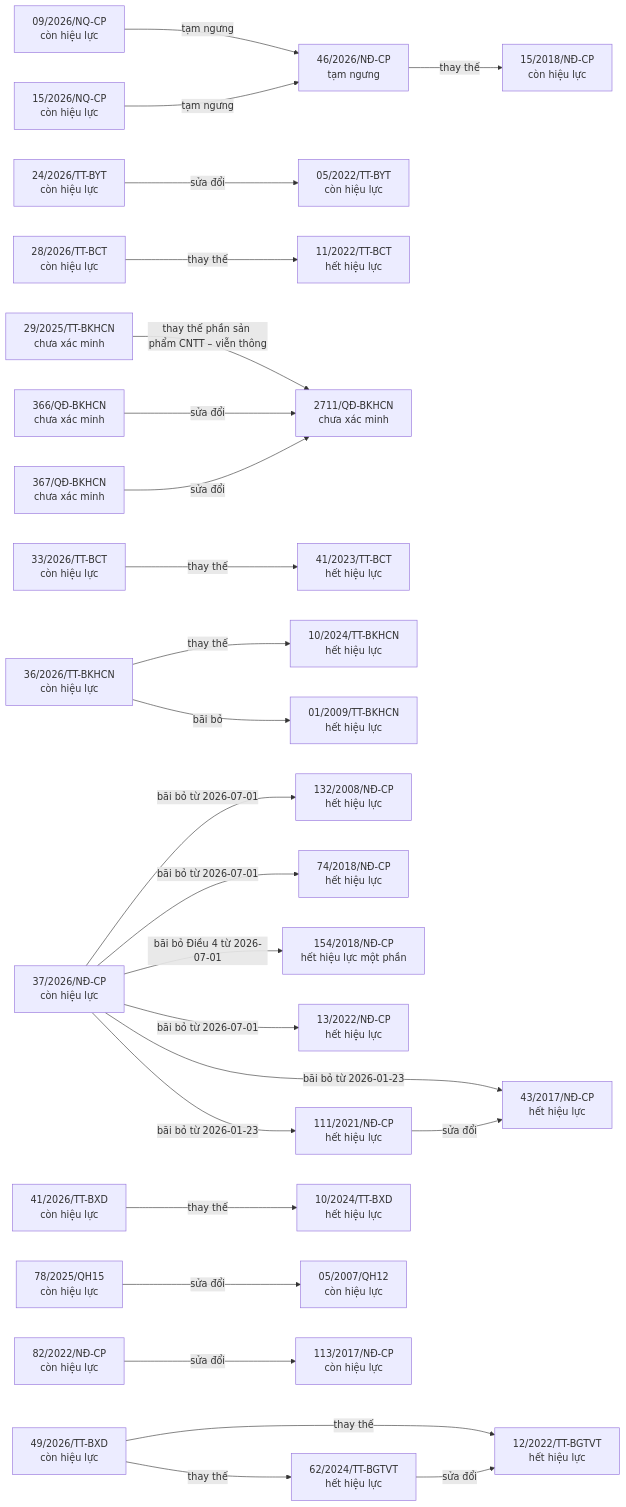
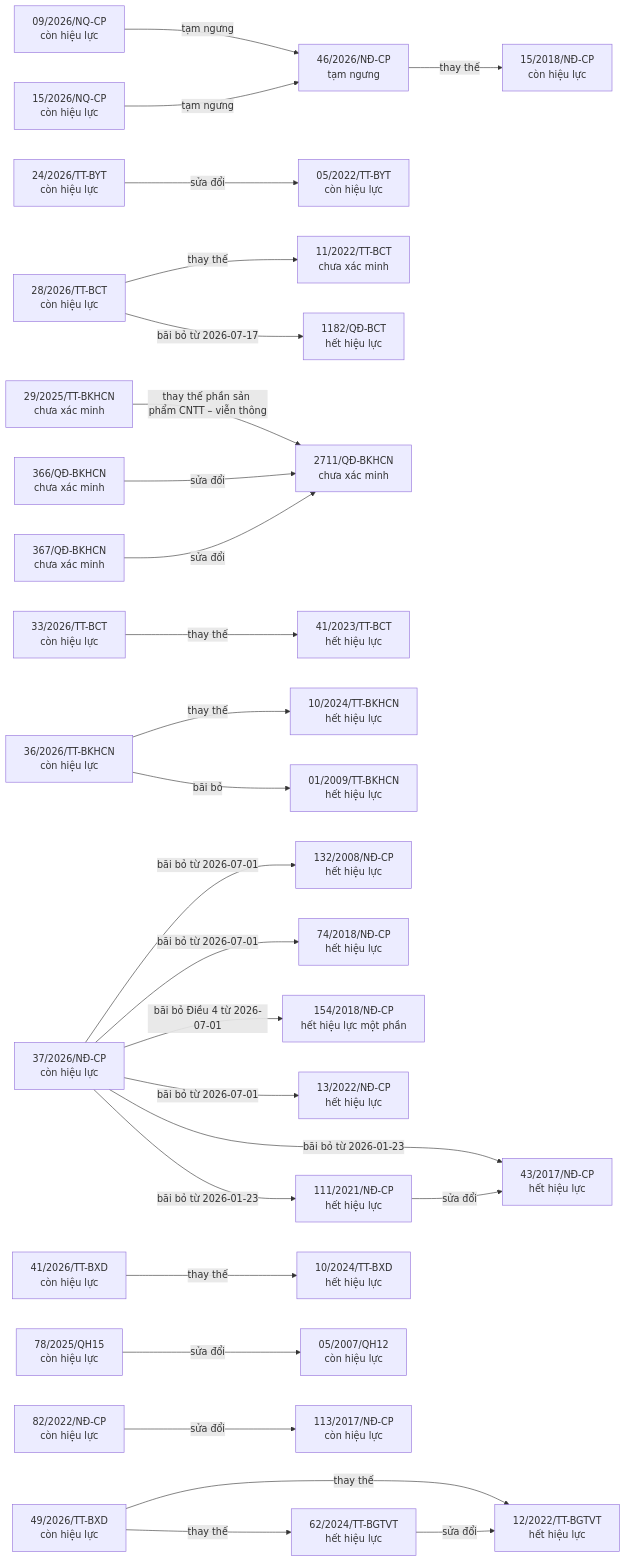
Before and after one commit to ozvietnam/oz-wiki-plhq: the third of 7 diagrams in bao-cao/quan-he.md, drawn with Mermaid. The commit also changed 7 other files, not shown here.

First line of the commit message:
hieu-luc: QĐ 1182/QĐ-BCT hết hiệu lực theo Điều 4 TT 28/2026/TT-BCT; ghi mâu thuẫn nguồn về TT 11/2022

````diff
--- a/bao-cao/quan-he.md
+++ b/bao-cao/quan-he.md
@@ -34,60 +34,62 @@
 ```mermaid
 flowchart LR
   n_09_2026_NQ_CP["09/2026/NQ-CP<br/>còn hiệu lực"]
   n_46_2026_N__CP["46/2026/NĐ-CP<br/>tạm ngưng"]
   n_111_2021_N__CP["111/2021/NĐ-CP<br/>hết hiệu lực"]
   n_43_2017_N__CP["43/2017/NĐ-CP<br/>hết hiệu lực"]
   n_15_2026_NQ_CP["15/2026/NQ-CP<br/>còn hiệu lực"]
   n_24_2026_TT_BYT["24/2026/TT-BYT<br/>còn hiệu lực"]
   n_05_2022_TT_BYT["05/2022/TT-BYT<br/>còn hiệu lực"]
   n_28_2026_TT_BCT["28/2026/TT-BCT<br/>còn hiệu lực"]
-  n_11_2022_TT_BCT["11/2022/TT-BCT<br/>hết hiệu lực"]
+  n_11_2022_TT_BCT["11/2022/TT-BCT<br/>chưa xác minh"]
+  n_1182_Q__BCT["1182/QĐ-BCT<br/>hết hiệu lực"]
   n_29_2025_TT_BKHCN["29/2025/TT-BKHCN<br/>chưa xác minh"]
   n_2711_Q__BKHCN["2711/QĐ-BKHCN<br/>chưa xác minh"]
   n_33_2026_TT_BCT["33/2026/TT-BCT<br/>còn hiệu lực"]
   n_41_2023_TT_BCT["41/2023/TT-BCT<br/>hết hiệu lực"]
   n_36_2026_TT_BKHCN["36/2026/TT-BKHCN<br/>còn hiệu lực"]
   n_10_2024_TT_BKHCN["10/2024/TT-BKHCN<br/>hết hiệu lực"]
   n_01_2009_TT_BKHCN["01/2009/TT-BKHCN<br/>hết hiệu lực"]
   n_366_Q__BKHCN["366/QĐ-BKHCN<br/>chưa xác minh"]
   n_367_Q__BKHCN["367/QĐ-BKHCN<br/>chưa xác minh"]
   n_37_2026_N__CP["37/2026/NĐ-CP<br/>còn hiệu lực"]
   n_132_2008_N__CP["132/2008/NĐ-CP<br/>hết hiệu lực"]
   n_74_2018_N__CP["74/2018/NĐ-CP<br/>hết hiệu lực"]
   n_154_2018_N__CP["154/2018/NĐ-CP<br/>hết hiệu lực một phần"]
   n_13_2022_N__CP["13/2022/NĐ-CP<br/>hết hiệu lực"]
   n_41_2026_TT_BXD["41/2026/TT-BXD<br/>còn hiệu lực"]
   n_10_2024_TT_BXD["10/2024/TT-BXD<br/>hết hiệu lực"]
   n_15_2018_N__CP["15/2018/NĐ-CP<br/>còn hiệu lực"]
   n_49_2026_TT_BXD["49/2026/TT-BXD<br/>còn hiệu lực"]
   n_12_2022_TT_BGTVT["12/2022/TT-BGTVT<br/>hết hiệu lực"]
   n_62_2024_TT_BGTVT["62/2024/TT-BGTVT<br/>hết hiệu lực"]
   n_78_2025_QH15["78/2025/QH15<br/>còn hiệu lực"]
   n_05_2007_QH12["05/2007/QH12<br/>còn hiệu lực"]
   n_82_2022_N__CP["82/2022/NĐ-CP<br/>còn hiệu lực"]
   n_113_2017_N__CP["113/2017/NĐ-CP<br/>còn hiệu lực"]
   n_09_2026_NQ_CP -->|tạm ngưng| n_46_2026_N__CP
   n_111_2021_N__CP -->|sửa đổi| n_43_2017_N__CP
   n_15_2026_NQ_CP -->|tạm ngưng| n_46_2026_N__CP
   n_24_2026_TT_BYT -->|sửa đổi| n_05_2022_TT_BYT
   n_28_2026_TT_BCT -->|thay thế| n_11_2022_TT_BCT
+  n_28_2026_TT_BCT -->|bãi bỏ từ 2026-07-17| n_1182_Q__BCT
   n_29_2025_TT_BKHCN -->|thay thế phần sản phẩm CNTT – viễn thông| n_2711_Q__BKHCN
   n_33_2026_TT_BCT -->|thay thế| n_41_2023_TT_BCT
   n_36_2026_TT_BKHCN -->|thay thế| n_10_2024_TT_BKHCN
   n_36_2026_TT_BKHCN -->|bãi bỏ| n_01_2009_TT_BKHCN
   n_366_Q__BKHCN -->|sửa đổi| n_2711_Q__BKHCN
   n_367_Q__BKHCN -->|sửa đổi| n_2711_Q__BKHCN
   n_37_2026_N__CP -->|bãi bỏ từ 2026-07-01| n_132_2008_N__CP
   n_37_2026_N__CP -->|bãi bỏ từ 2026-07-01| n_74_2018_N__CP
   n_37_2026_N__CP -->|bãi bỏ Điều 4 từ 2026-07-01| n_154_2018_N__CP
   n_37_2026_N__CP -->|bãi bỏ từ 2026-07-01| n_13_2022_N__CP
   n_37_2026_N__CP -->|bãi bỏ từ 2026-01-23| n_43_2017_N__CP
   n_37_2026_N__CP -->|bãi bỏ từ 2026-01-23| n_111_2021_N__CP
   n_41_2026_TT_BXD -->|thay thế| n_10_2024_TT_BXD
   n_46_2026_N__CP -->|thay thế| n_15_2018_N__CP
   n_49_2026_TT_BXD -->|thay thế| n_12_2022_TT_BGTVT
   n_49_2026_TT_BXD -->|thay thế| n_62_2024_TT_BGTVT
   n_62_2024_TT_BGTVT -->|sửa đổi| n_12_2022_TT_BGTVT
   n_78_2025_QH15 -->|sửa đổi| n_05_2007_QH12
   n_82_2022_N__CP -->|sửa đổi| n_113_2017_N__CP
 ```
````
